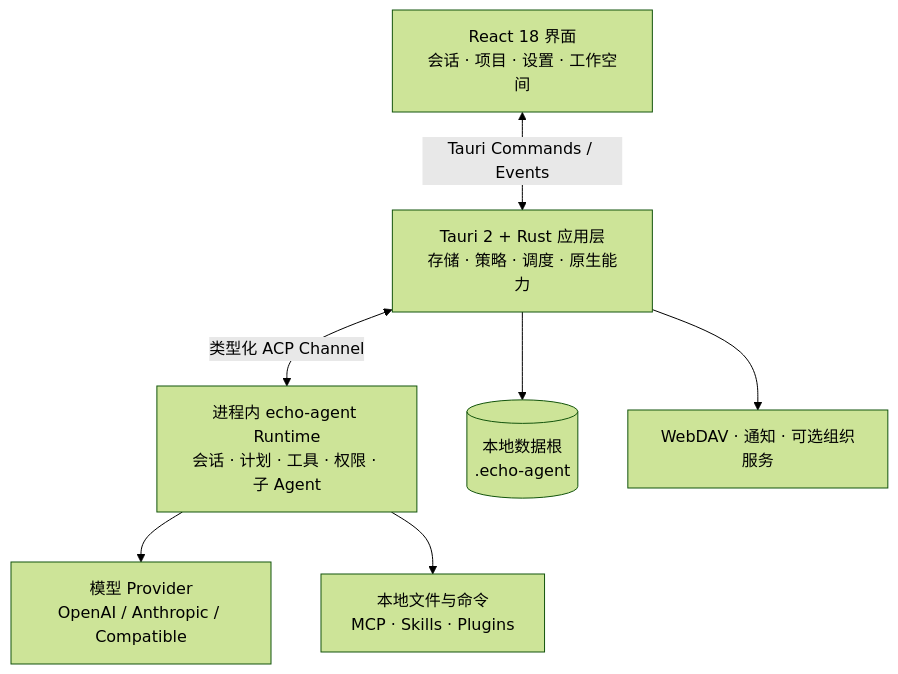
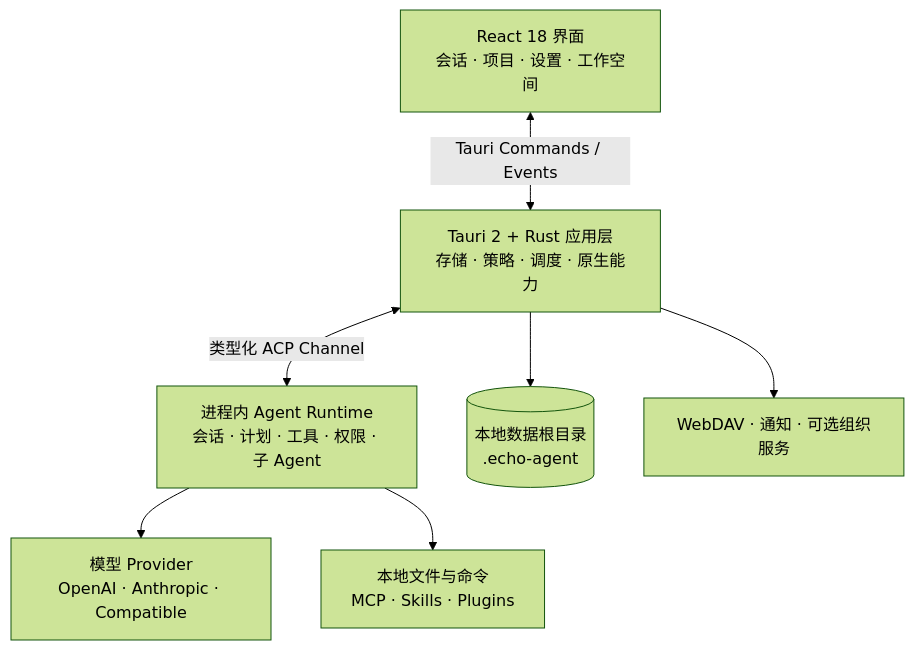
The diagram in README.md (fuyuxiang/echo-agent-desktop), drawn with Mermaid (forest theme) before and after one commit. The commit also changed other lines of this file and 1 other file, not shown here.

````diff
--- a/README.md
+++ b/README.md
@@ -192,9 +142,9 @@
 ```mermaid
 flowchart TB
     UI[React 18 界面<br/>会话 · 项目 · 设置 · 工作空间] <-->|Tauri Commands / Events| HOST[Tauri 2 + Rust 应用层<br/>存储 · 策略 · 调度 · 原生能力]
-    HOST <-->|类型化 ACP Channel| RUNTIME[进程内 echo-agent Runtime<br/>会话 · 计划 · 工具 · 权限 · 子 Agent]
-    RUNTIME --> MODELS[模型 Provider<br/>OpenAI / Anthropic / Compatible]
+    HOST <-->|类型化 ACP Channel| RUNTIME[进程内 Agent Runtime<br/>会话 · 计划 · 工具 · 权限 · 子 Agent]
+    RUNTIME --> MODELS[模型 Provider<br/>OpenAI · Anthropic · Compatible]
     RUNTIME --> TOOLS[本地文件与命令<br/>MCP · Skills · Plugins]
-    HOST --> DATA[(本地数据根<br/>.echo-agent)]
+    HOST --> DATA[(本地数据根目录<br/>.echo-agent)]
     HOST --> EXT[WebDAV · 通知 · 可选组织服务]
 ```
````
